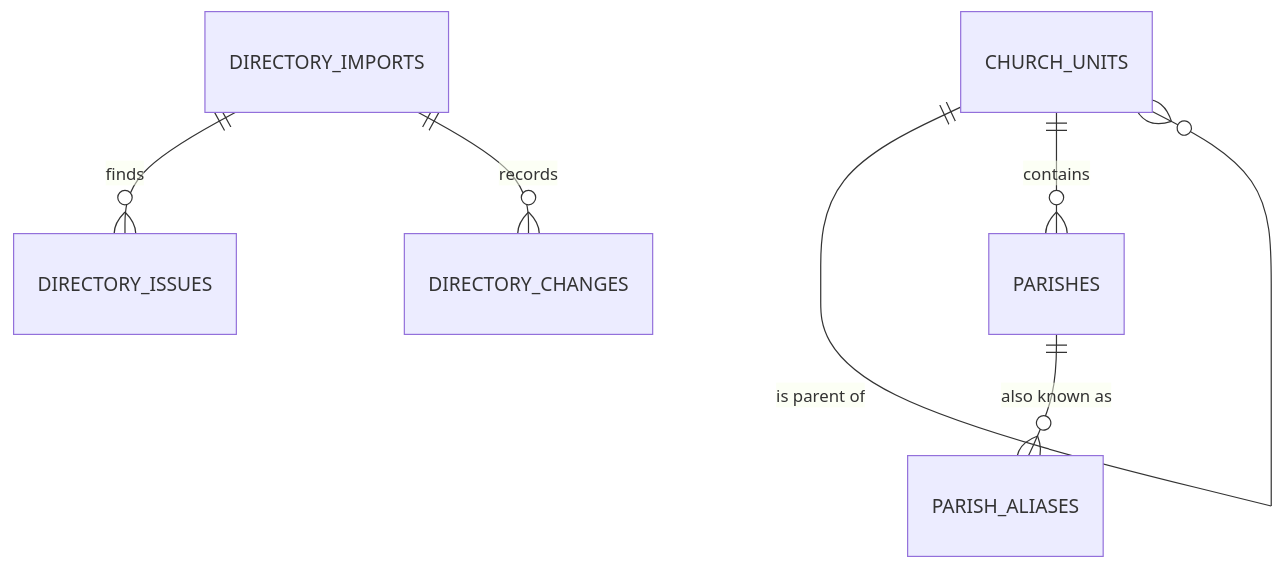
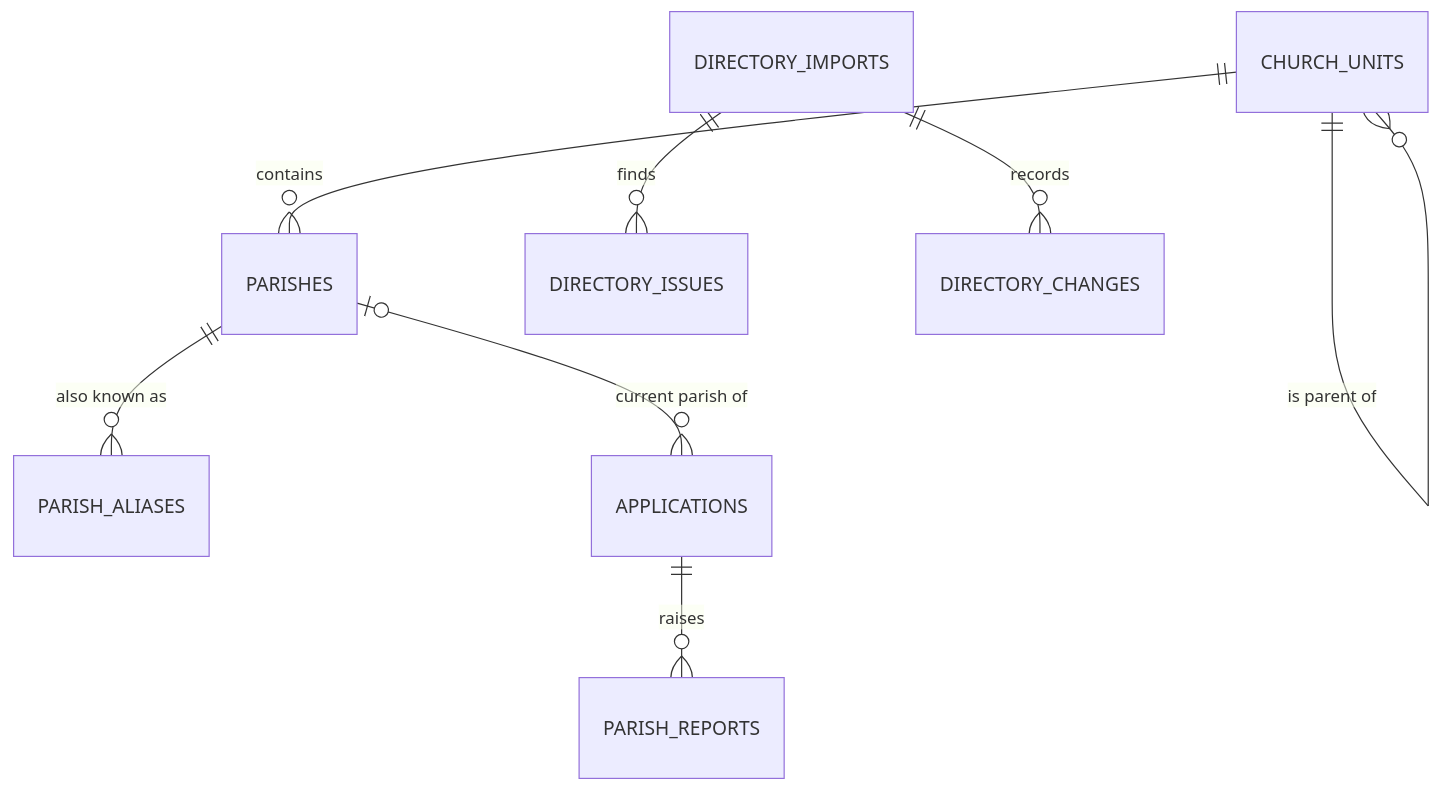
The third of 4 diagrams in docs/05-Backend-Schema.md (E310-Tech-Team/nyaya-sop), drawn with Mermaid before and after one commit. The commit also changed other lines of this file and 82 other files, not shown here.

````diff
--- a/docs/05-Backend-Schema.md
+++ b/docs/05-Backend-Schema.md
@@ -189,8 +191,10 @@
 ```mermaid
 erDiagram
     CHURCH_UNITS ||--o{ CHURCH_UNITS : "is parent of"
     CHURCH_UNITS ||--o{ PARISHES : contains
     PARISHES ||--o{ PARISH_ALIASES : "also known as"
+    PARISHES |o--o{ APPLICATIONS : "current parish of"
+    APPLICATIONS ||--o{ PARISH_REPORTS : raises
     DIRECTORY_IMPORTS ||--o{ DIRECTORY_ISSUES : finds
     DIRECTORY_IMPORTS ||--o{ DIRECTORY_CHANGES : records
 ```
````
